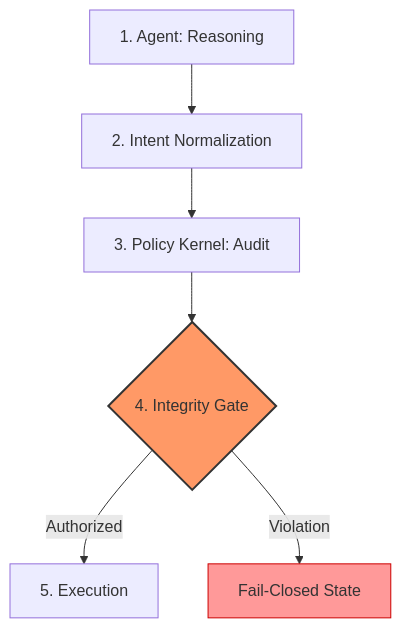
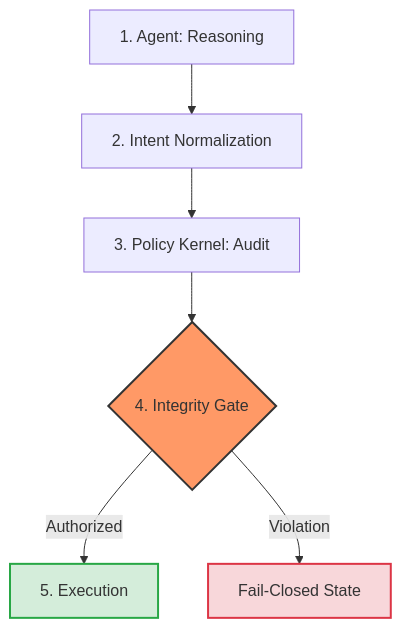
Before and after one commit to matiascloudarch/cognitive-decision-architecture: the diagram in README.md, drawn with Mermaid. The commit also changed other lines of this file, not shown here.

````diff
--- a/README.md
+++ b/README.md
@@ -30,11 +30,12 @@
 ```mermaid
 graph TD
     A[1. Agent: Reasoning] --> B[2. Intent Normalization]
     B --> C[3. Policy Kernel: Audit]
     C --> D{4. Integrity Gate}
     D -->|Authorized| E[5. Execution]
     D -->|Violation| F[Fail-Closed State]
     
     style D fill:#f96,stroke:#333,stroke-width:2px
-    style F fill:#ff9999,stroke:#cc0000
+    style E fill:#d4edda,stroke:#28a745,stroke-width:2px
+    style F fill:#f8d7da,stroke:#dc3545,stroke-width:2px
 ```
````
